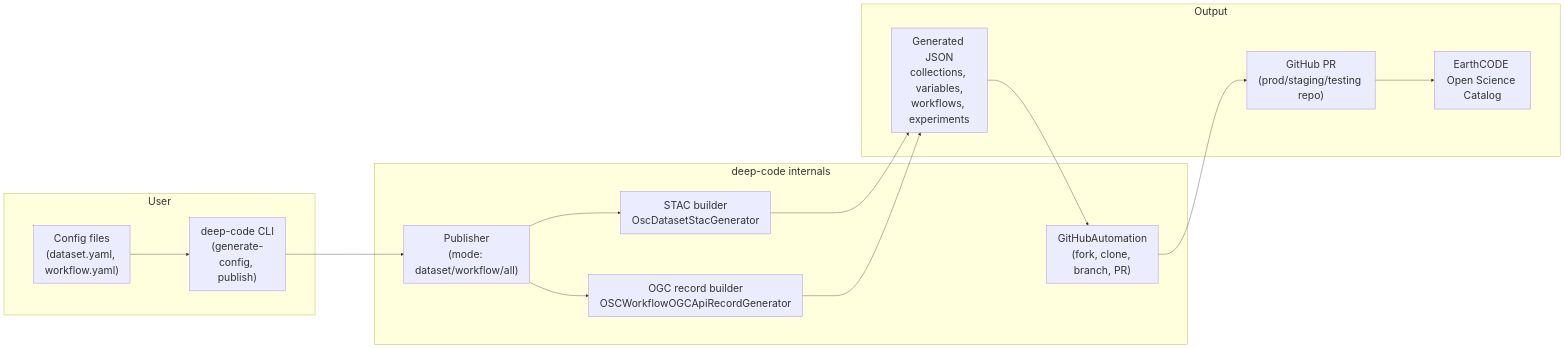
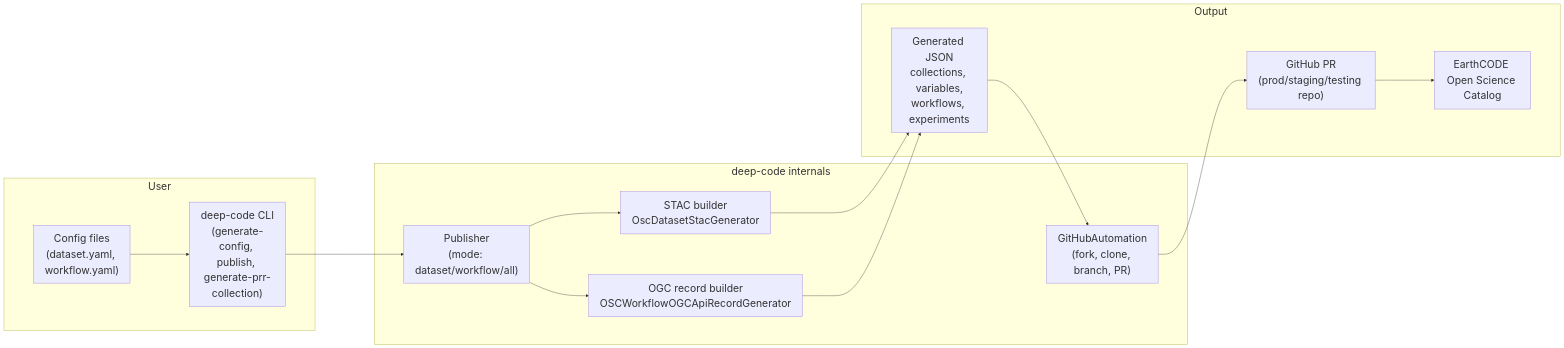
The diagram in docs/index.md (deepesdl/deep-code), drawn with Mermaid before and after one commit. The commit also changed other lines of this file and 4 other files, not shown here.

````diff
--- a/docs/index.md
+++ b/docs/index.md
@@ -13,28 +14,28 @@
 ```mermaid
 %%{init: {'flowchart': {'nodeSpacing': 110, 'rankSpacing': 160}, 'themeVariables': {'fontSize': '28px', 'lineHeight': '1.6em'}}}%%
 flowchart LR
     subgraph User
         A["Config files<br/>(dataset.yaml, workflow.yaml)"]
-        B["deep-code CLI<br/>(generate-config, publish)"]
+        B["deep-code CLI<br/>(generate-config, publish, generate-prr-collection)"]
     end
 
     subgraph App["deep-code internals"]
         C["Publisher<br/>(mode: dataset/workflow/all)"]
         D["STAC builder<br/>OscDatasetStacGenerator"]
         E["OGC record builder<br/>OSCWorkflowOGCApiRecordGenerator"]
         F["GitHubAutomation<br/>(fork, clone, branch, PR)"]
     end
 
     subgraph Output
         G["Generated JSON<br/>collections, variables,<br/>workflows, experiments"]
         H["GitHub PR<br/>(prod/staging/testing repo)"]
         I["EarthCODE Open Science Catalog"]
     end
 
     A --> B --> C
     C --> D
     C --> E
     D --> G
     E --> G
     G --> F --> H --> I
 ```
````
